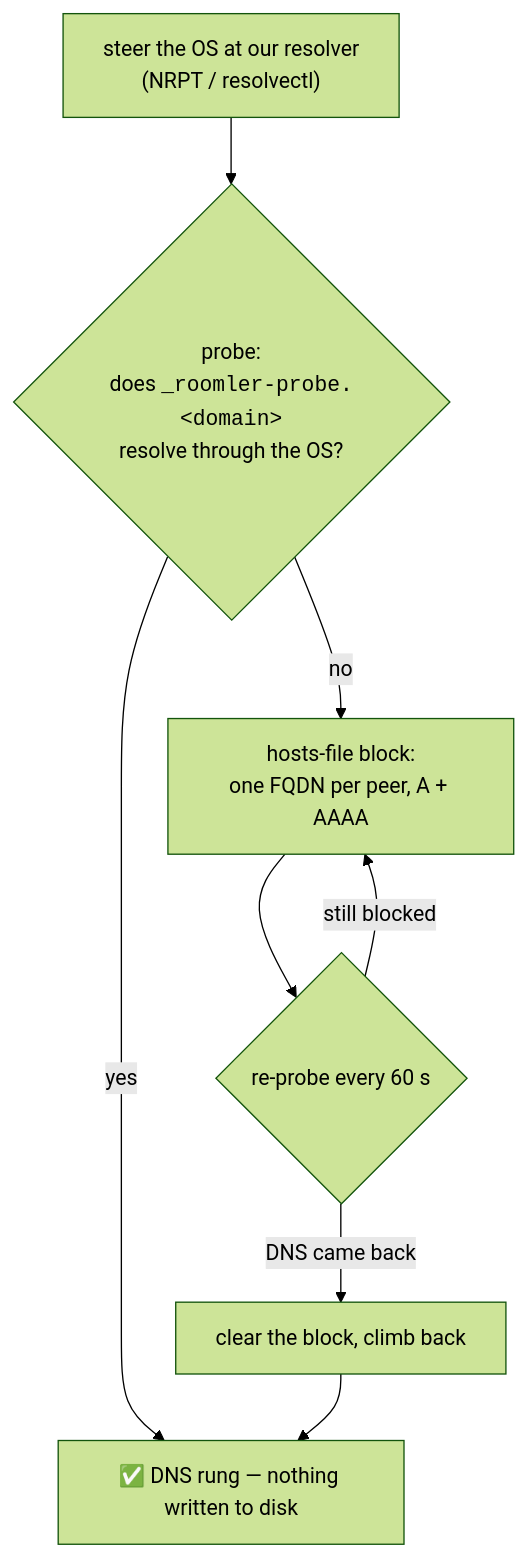
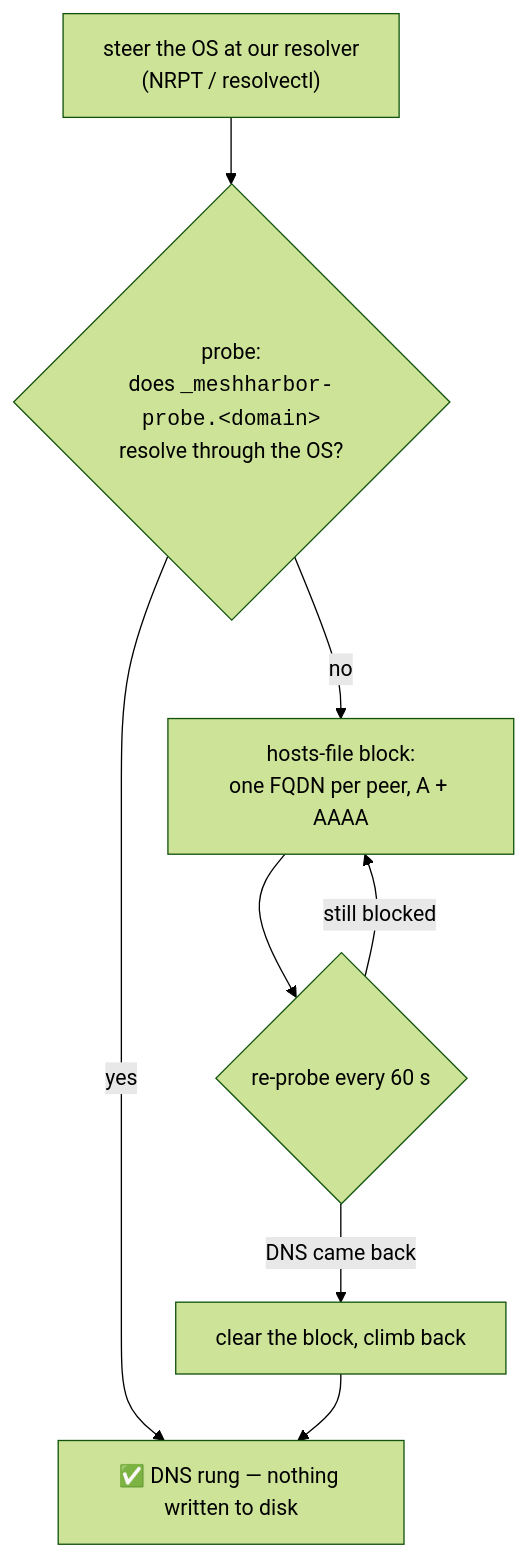
Before and after one commit to jk-zhang-meta/MeshHarbor: the third of 3 diagrams in docs/magicdns.md, drawn with Mermaid (forest theme). The commit also changed other lines of this file and 682 other files, not shown here.

````diff
--- a/docs/magicdns.md
+++ b/docs/magicdns.md
@@ -152,10 +152,10 @@
 ```mermaid
 flowchart TD
-    S["steer the OS at our resolver<br/>(NRPT / resolvectl)"] --> P{"probe:<br/>does <code>_roomler-probe.&lt;domain&gt;</code><br/>resolve through the OS?"}
+    S["steer the OS at our resolver<br/>(NRPT / resolvectl)"] --> P{"probe:<br/>does <code>_meshharbor-probe.&lt;domain&gt;</code><br/>resolve through the OS?"}
     P -- yes --> D["✅ DNS rung — nothing written to disk"]
     P -- no --> H["hosts-file block:<br/>one FQDN per peer, A + AAAA"]
     H --> R{"re-probe every 60 s"}
     R -- "DNS came back" --> C["clear the block, climb back"]
     R -- "still blocked" --> H
     C --> D
 ```
````
